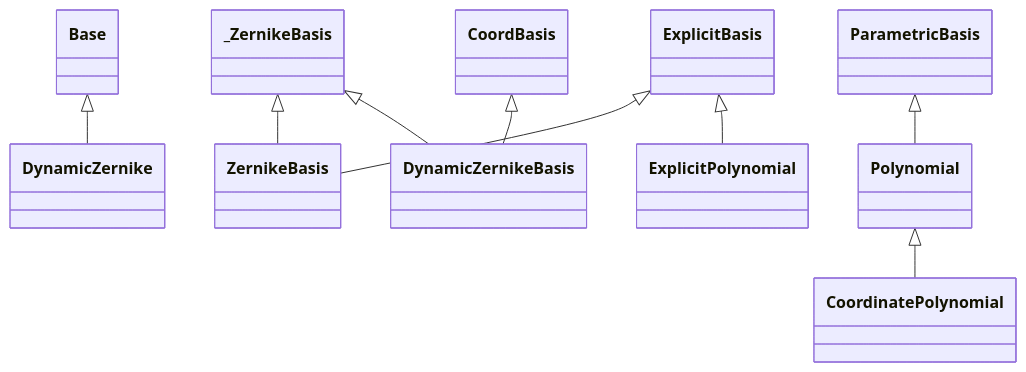
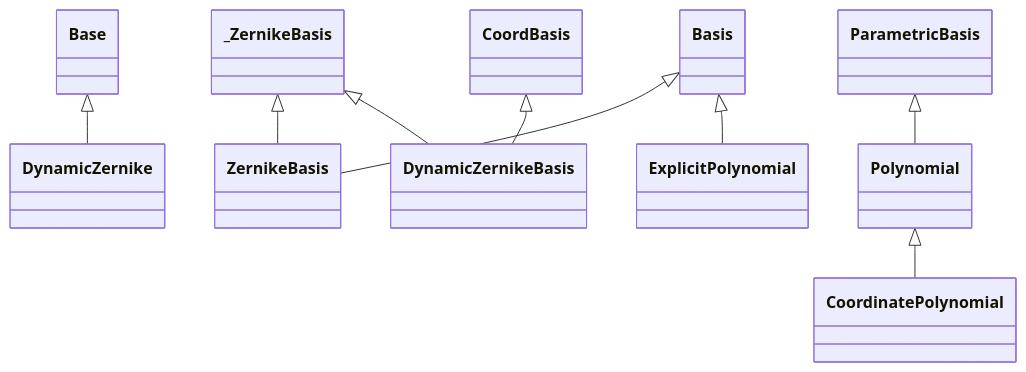
The diagram in docs/API/parametric/polynomials.md (LouisDesdoigts/dLux), drawn with Mermaid before and after one commit. The commit also changed 10 other files, not shown here.

Commit message:
Rename ExplicitBasis to Basis

````diff
--- a/docs/API/parametric/polynomials.md
+++ b/docs/API/parametric/polynomials.md
@@ -5,28 +5,28 @@
 ```mermaid
 classDiagram
     class dLux_parametric_polynomials_DynamicZernike["DynamicZernike"]
     class dLux_parametric_polynomials_ZernikeBasis["ZernikeBasis"]
     class dLux_parametric_polynomials_DynamicZernikeBasis["DynamicZernikeBasis"]
     class dLux_parametric_polynomials_Polynomial["Polynomial"]
     class dLux_parametric_polynomials_ExplicitPolynomial["ExplicitPolynomial"]
     class dLux_parametric_polynomials_CoordinatePolynomial["CoordinatePolynomial"]
     class dLux_parametric_bases_CoordBasis["CoordBasis"]
-    class dLux_parametric_bases_ExplicitBasis["ExplicitBasis"]
+    class dLux_parametric_bases_Basis["Basis"]
     class dLux_parametric_bases_ParametricBasis["ParametricBasis"]
     class dLux_parametric_polynomials__ZernikeBasis["_ZernikeBasis"]
     class zodiax_base_Base["Base"]
     zodiax_base_Base <|-- dLux_parametric_polynomials_DynamicZernike
     click dLux_parametric_polynomials_DynamicZernike href "#dLux.parametric.polynomials.DynamicZernike" "Attributes: j, n, m, name, _c, _k · Methods: calculate()"
     dLux_parametric_polynomials__ZernikeBasis <|-- dLux_parametric_polynomials_ZernikeBasis
-    dLux_parametric_bases_ExplicitBasis <|-- dLux_parametric_polynomials_ZernikeBasis
+    dLux_parametric_bases_Basis <|-- dLux_parametric_polynomials_ZernikeBasis
     click dLux_parametric_polynomials_ZernikeBasis href "#dLux.parametric.polynomials.ZernikeBasis" "Attributes: coefficients, basis_shape, basis"
     dLux_parametric_polynomials__ZernikeBasis <|-- dLux_parametric_polynomials_DynamicZernikeBasis
     dLux_parametric_bases_CoordBasis <|-- dLux_parametric_polynomials_DynamicZernikeBasis
     click dLux_parametric_polynomials_DynamicZernikeBasis href "#dLux.parametric.polynomials.DynamicZernikeBasis" "Attributes: coefficients, basis_shape, zernikes, nsides, diameter · Methods: calculate_basis()"
     dLux_parametric_bases_ParametricBasis <|-- dLux_parametric_polynomials_Polynomial
     click dLux_parametric_polynomials_Polynomial href "#dLux.parametric.polynomials.Polynomial" "Attributes: coefficients, basis_shape, powers · Methods: calculate_basis(), evaluate(), solve_basis()"
-    dLux_parametric_bases_ExplicitBasis <|-- dLux_parametric_polynomials_ExplicitPolynomial
+    dLux_parametric_bases_Basis <|-- dLux_parametric_polynomials_ExplicitPolynomial
     click dLux_parametric_polynomials_ExplicitPolynomial href "#dLux.parametric.polynomials.ExplicitPolynomial" "Attributes: coefficients, basis_shape, basis, powers"
     dLux_parametric_polynomials_Polynomial <|-- dLux_parametric_polynomials_CoordinatePolynomial
     click dLux_parametric_polynomials_CoordinatePolynomial href "#dLux.parametric.polynomials.CoordinatePolynomial" "Attributes: coefficients, basis_shape, powers, ndim · Methods: calculate_basis()"
 ```
````
